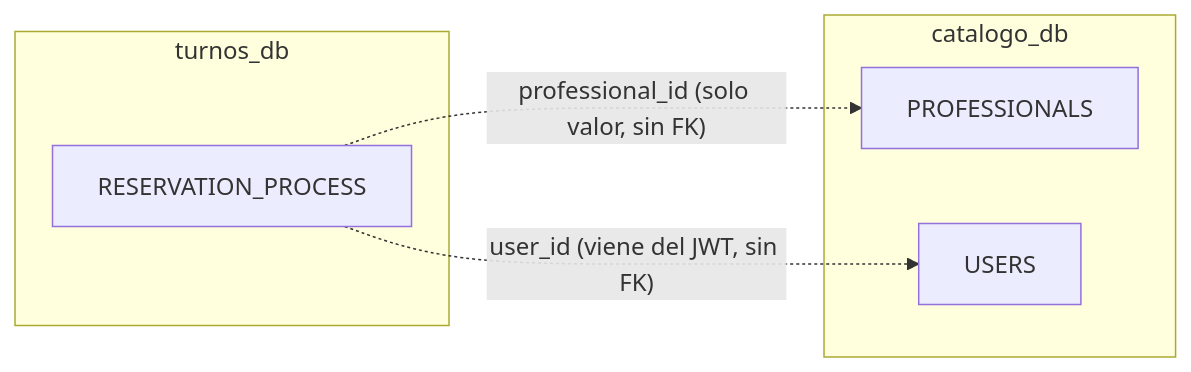
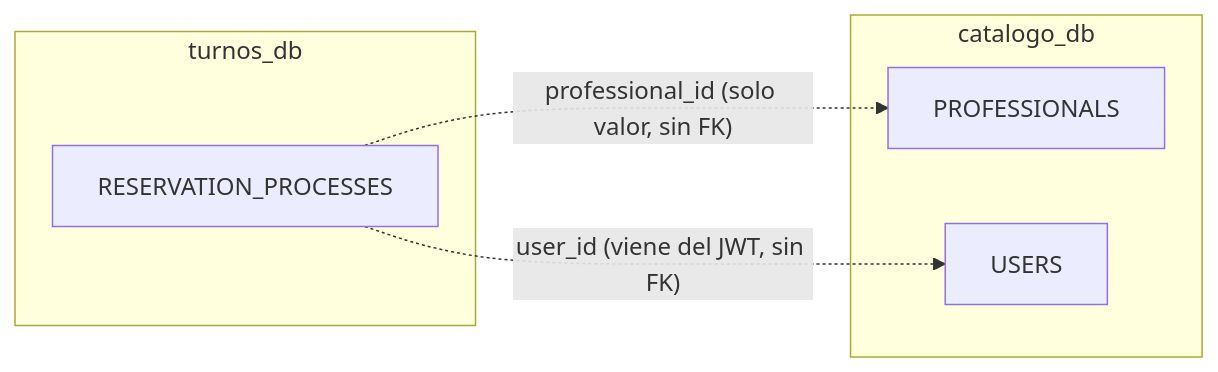
Before and after one commit to Prog2-fzapata/Documentacion: the third of 3 diagrams in diagramas/05-modelo-de-datos.md, drawn with Mermaid. The commit also changed other lines of this file and 3 other files, not shown here.

````diff
--- a/diagramas/05-modelo-de-datos.md
+++ b/diagramas/05-modelo-de-datos.md
@@ -147,12 +149,12 @@
 ```mermaid
 flowchart LR
     subgraph CAT["catalogo_db"]
         P["PROFESSIONALS"]
         U["USERS"]
     end
     subgraph TUR["turnos_db"]
-        R["RESERVATION_PROCESS"]
+        R["RESERVATION_PROCESSES"]
     end
     R -. "professional_id (solo valor, sin FK)" .-> P
     R -. "user_id (viene del JWT, sin FK)" .-> U
 ```
````
